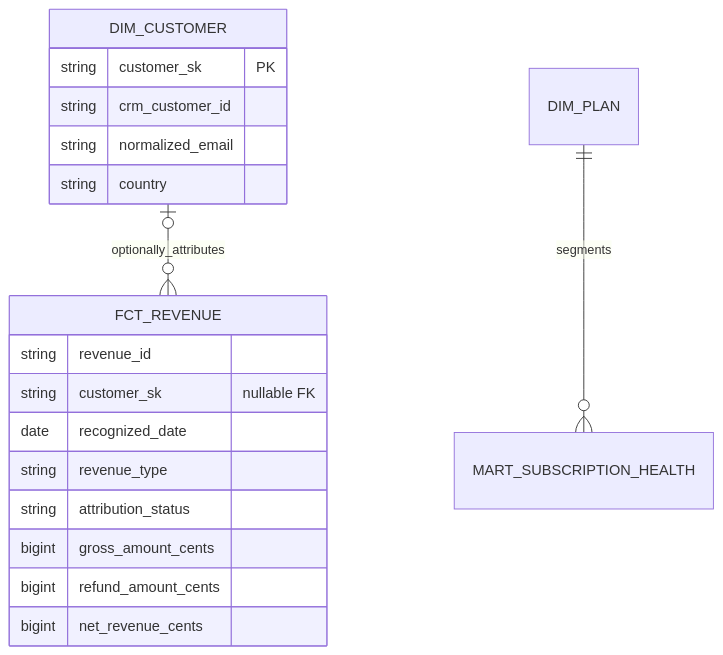
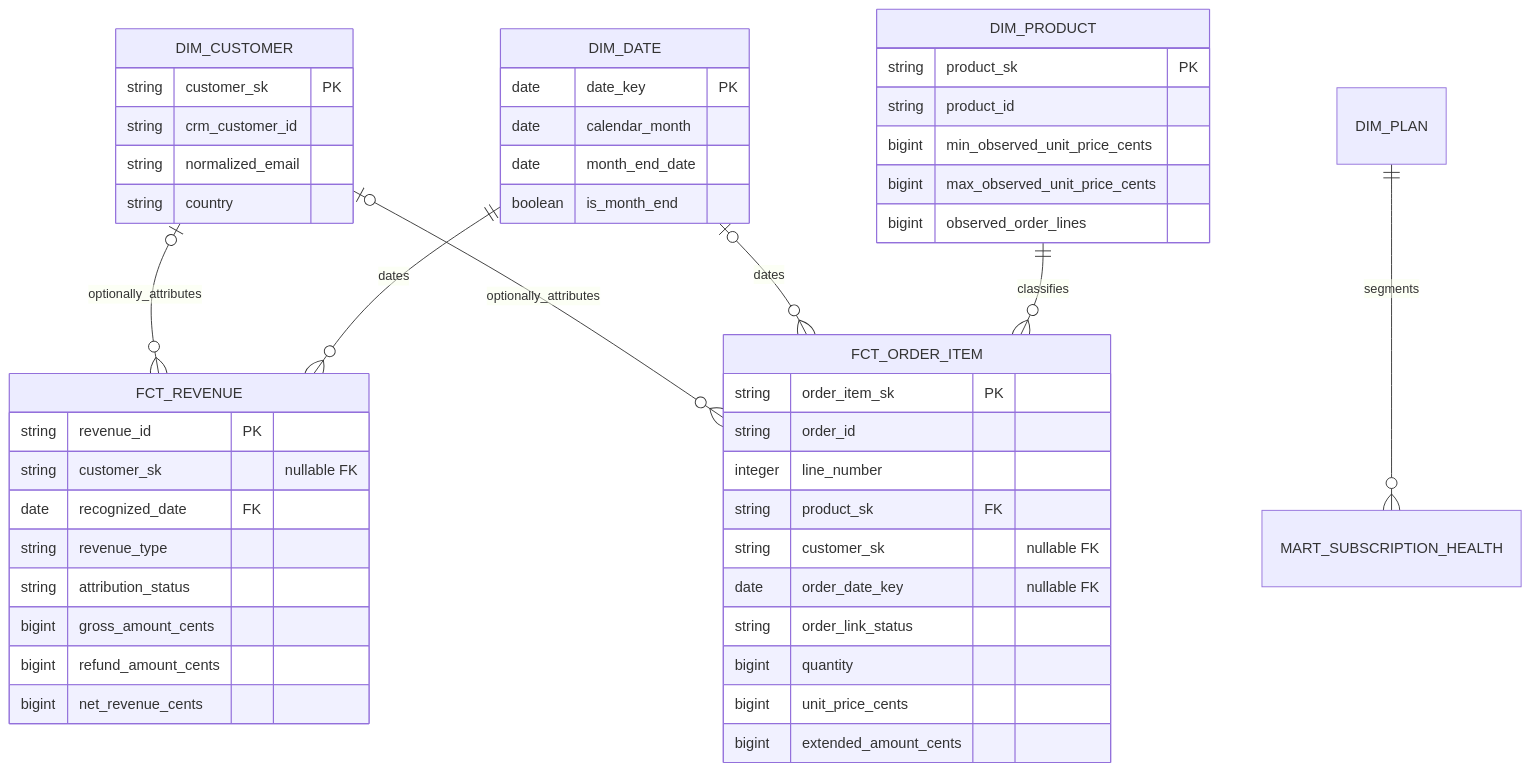
Before and after one commit to aneeshk-ds/fieldforge: the diagram in docs/data-model.md, drawn with Mermaid. The commit also changed other lines of this file and 36 other files, not shown here.

````diff
--- a/docs/data-model.md
+++ b/docs/data-model.md
@@ -3,21 +14,50 @@
 ```mermaid
 erDiagram
   DIM_CUSTOMER |o--o{ FCT_REVENUE : optionally_attributes
+  DIM_CUSTOMER |o--o{ FCT_ORDER_ITEM : optionally_attributes
+  DIM_DATE ||--o{ FCT_REVENUE : dates
+  DIM_DATE |o--o{ FCT_ORDER_ITEM : dates
+  DIM_PRODUCT ||--o{ FCT_ORDER_ITEM : classifies
   DIM_PLAN ||--o{ MART_SUBSCRIPTION_HEALTH : segments
   DIM_CUSTOMER {
     string customer_sk PK
     string crm_customer_id
     string normalized_email
     string country
   }
+  DIM_PRODUCT {
+    string product_sk PK
+    string product_id
+    bigint min_observed_unit_price_cents
+    bigint max_observed_unit_price_cents
+    bigint observed_order_lines
+  }
+  DIM_DATE {
+    date date_key PK
+    date calendar_month
+    date month_end_date
+    boolean is_month_end
+  }
   FCT_REVENUE {
-    string revenue_id
+    string revenue_id PK
     string customer_sk "nullable FK"
-    date recognized_date
+    date recognized_date FK
     string revenue_type
     string attribution_status
     bigint gross_amount_cents
     bigint refund_amount_cents
     bigint net_revenue_cents
   }
+  FCT_ORDER_ITEM {
+    string order_item_sk PK
+    string order_id
+    integer line_number
+    string product_sk FK
+    string customer_sk "nullable FK"
+    date order_date_key "nullable FK"
+    string order_link_status
+    bigint quantity
+    bigint unit_price_cents
+    bigint extended_amount_cents
+  }
 ```
````
